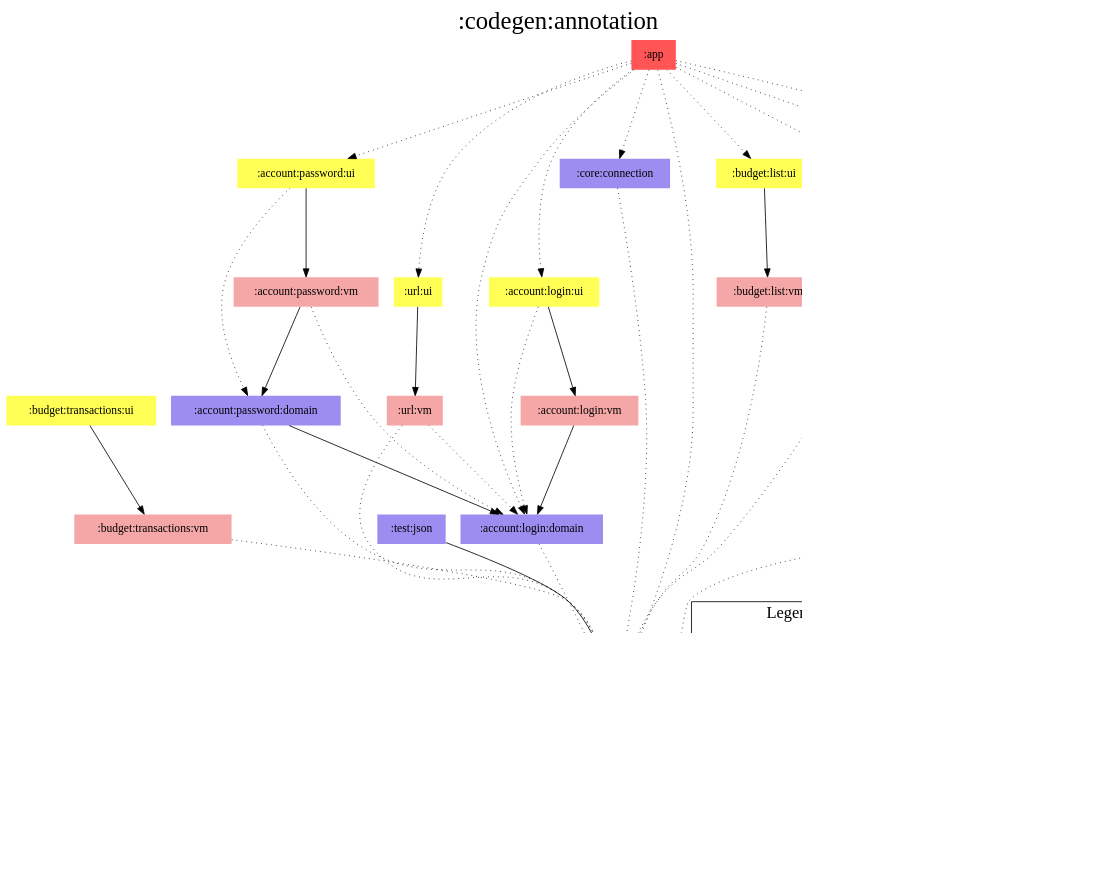
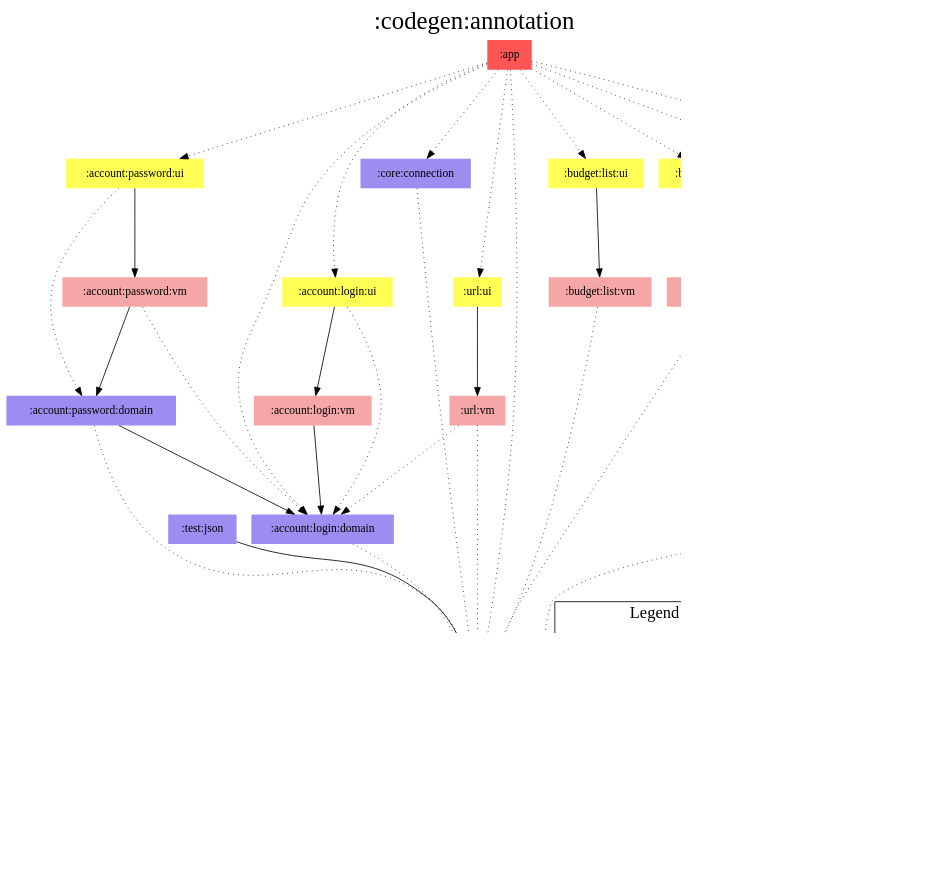
One commit to jonapoul/aktual changed the diagram in modules/codegen/annotation/modules.dot. Above: the diagram before and after it, drawn with Graphviz. The commit also changed 47 other files, not shown here.

```diff
--- a/modules/codegen/annotation/modules.dot
+++ b/modules/codegen/annotation/modules.dot
@@ -1,87 +1,83 @@
 digraph {
 edge ["dir"="forward"]
 graph ["dpi"="100","label"=":codegen:annotation","labelloc"="t","fontsize"="30","ranksep"="1.5","rankdir"="TB"]
 node ["style"="filled"]
 ":about:info:data" ["fillcolor"="#9D8DF1","shape"="none"]
 ":about:info:ui" ["fillcolor"="#FFFF55","shape"="none"]
 ":about:info:vm" ["fillcolor"="#F5A6A6","shape"="none"]
 ":account:login:domain" ["fillcolor"="#9D8DF1","shape"="none"]
 ":account:login:ui" ["fillcolor"="#FFFF55","shape"="none"]
 ":account:login:vm" ["fillcolor"="#F5A6A6","shape"="none"]
 ":account:password:domain" ["fillcolor"="#9D8DF1","shape"="none"]
 ":account:password:ui" ["fillcolor"="#FFFF55","shape"="none"]
 ":account:password:vm" ["fillcolor"="#F5A6A6","shape"="none"]
 ":api:actual" ["fillcolor"="#9D8DF1","shape"="none"]
 ":api:github" ["fillcolor"="#9D8DF1","shape"="none"]
 ":app" ["fillcolor"="#FF5555","shape"="none"]
 ":budget:list:ui" ["fillcolor"="#FFFF55","shape"="none"]
 ":budget:list:vm" ["fillcolor"="#F5A6A6","shape"="none"]
 ":budget:sync:ui" ["fillcolor"="#FFFF55","shape"="none"]
 ":budget:sync:vm" ["fillcolor"="#F5A6A6","shape"="none"]
-":budget:transactions:ui" ["fillcolor"="#FFFF55","shape"="none"]
-":budget:transactions:vm" ["fillcolor"="#F5A6A6","shape"="none"]
 ":codegen:annotation" ["fillcolor"="#9D8DF1","color"="black","penwidth"="3","shape"="box"]
 ":codegen:ksp" ["fillcolor"="#8000FF","shape"="none"]
 ":core:connection" ["fillcolor"="#9D8DF1","shape"="none"]
 ":core:di" ["fillcolor"="#FCB103","shape"="none"]
 ":test:json" ["fillcolor"="#9D8DF1","shape"="none"]
 ":url:ui" ["fillcolor"="#FFFF55","shape"="none"]
 ":url:vm" ["fillcolor"="#F5A6A6","shape"="none"]
 {
 edge ["dir"="none"]
 graph ["rank"="same"]
 ":codegen:annotation"
 }
 ":about:info:data" -> ":api:github"
 ":about:info:ui" -> ":about:info:vm"
 ":about:info:vm" -> ":about:info:data"
 ":account:login:domain" -> ":api:actual" ["style"="dotted"]
 ":account:login:ui" -> ":account:login:domain" ["style"="dotted"]
 ":account:login:ui" -> ":account:login:vm"
 ":account:login:vm" -> ":account:login:domain"
 ":account:password:domain" -> ":account:login:domain"
 ":account:password:domain" -> ":api:actual" ["style"="dotted"]
 ":account:password:ui" -> ":account:password:domain" ["style"="dotted"]
 ":account:password:ui" -> ":account:password:vm"
 ":account:password:vm" -> ":account:login:domain" ["style"="dotted"]
 ":account:password:vm" -> ":account:password:domain"
 ":api:actual" -> ":codegen:annotation" ["style"="dotted"]
 ":api:github" -> ":codegen:annotation" ["style"="dotted"]
 ":app" -> ":about:info:ui" ["style"="dotted"]
 ":app" -> ":account:login:domain" ["style"="dotted"]
 ":app" -> ":account:login:ui" ["style"="dotted"]
 ":app" -> ":account:password:ui" ["style"="dotted"]
 ":app" -> ":api:actual" ["style"="dotted"]
 ":app" -> ":budget:list:ui" ["style"="dotted"]
 ":app" -> ":budget:sync:ui" ["style"="dotted"]
 ":app" -> ":core:connection" ["style"="dotted"]
 ":app" -> ":core:di" ["style"="dotted"]
 ":app" -> ":url:ui" ["style"="dotted"]
 ":budget:list:ui" -> ":budget:list:vm"
 ":budget:list:vm" -> ":api:actual" ["style"="dotted"]
 ":budget:sync:ui" -> ":budget:sync:vm"
 ":budget:sync:vm" -> ":api:actual" ["style"="dotted"]
-":budget:transactions:ui" -> ":budget:transactions:vm"
-":budget:transactions:vm" -> ":api:actual" ["style"="dotted"]
 ":codegen:ksp" -> ":codegen:annotation" ["style"="dotted"]
 ":core:connection" -> ":api:actual" ["style"="dotted"]
 ":core:di" -> ":api:github"
 ":test:json" -> ":api:actual"
 ":url:ui" -> ":url:vm"
 ":url:vm" -> ":account:login:domain" ["style"="dotted"]
 ":url:vm" -> ":api:actual" ["style"="dotted"]
 subgraph "cluster_legend" {
 edge ["dir"="none"]
 graph ["label"="Legend","fontsize"="20"]
 "Legend" ["style"="filled","fillcolor"="#FFFFFF","shape"="none","margin"="0","fontsize"="15","label"=<
 <TABLE BORDER="0" CELLBORDER="0" CELLSPACING="0" CELLPADDING="4">
 <TR><TD>App</TD><TD BGCOLOR="#FF5555">module-name</TD></TR>
 <TR><TD>ViewModel</TD><TD BGCOLOR="#F5A6A6">module-name</TD></TR>
 <TR><TD>Hilt</TD><TD BGCOLOR="#FCB103">module-name</TD></TR>
 <TR><TD>Compose</TD><TD BGCOLOR="#FFFF55">module-name</TD></TR>
 <TR><TD>Multiplatform</TD><TD BGCOLOR="#9D8DF1">module-name</TD></TR>
 <TR><TD>JVM</TD><TD BGCOLOR="#8000FF">module-name</TD></TR>
 </TABLE>
 >]
 } -> ":codegen:annotation" ["style"="invis"]
 }
```
